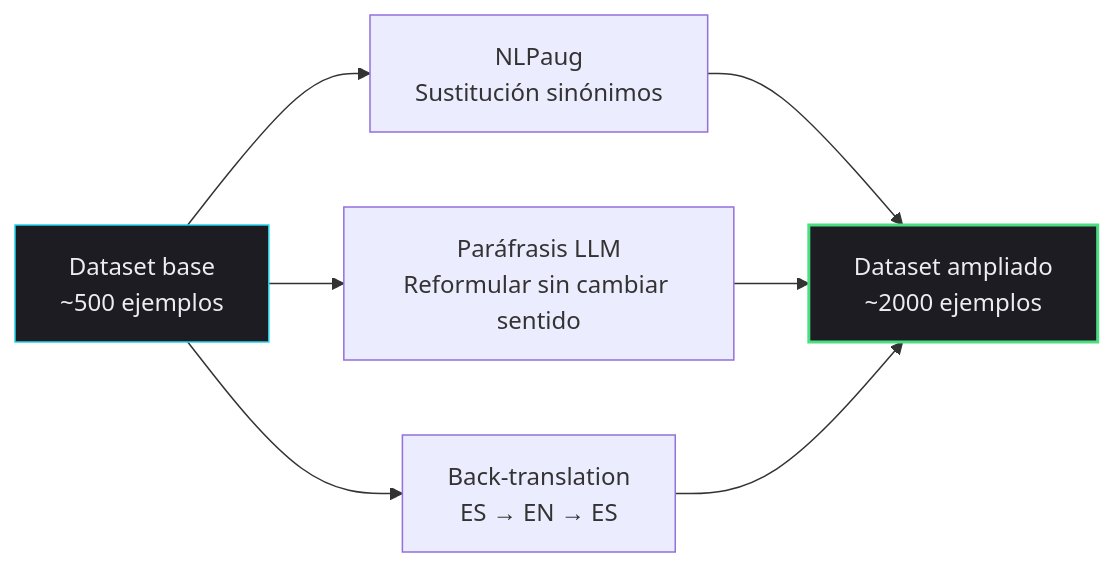
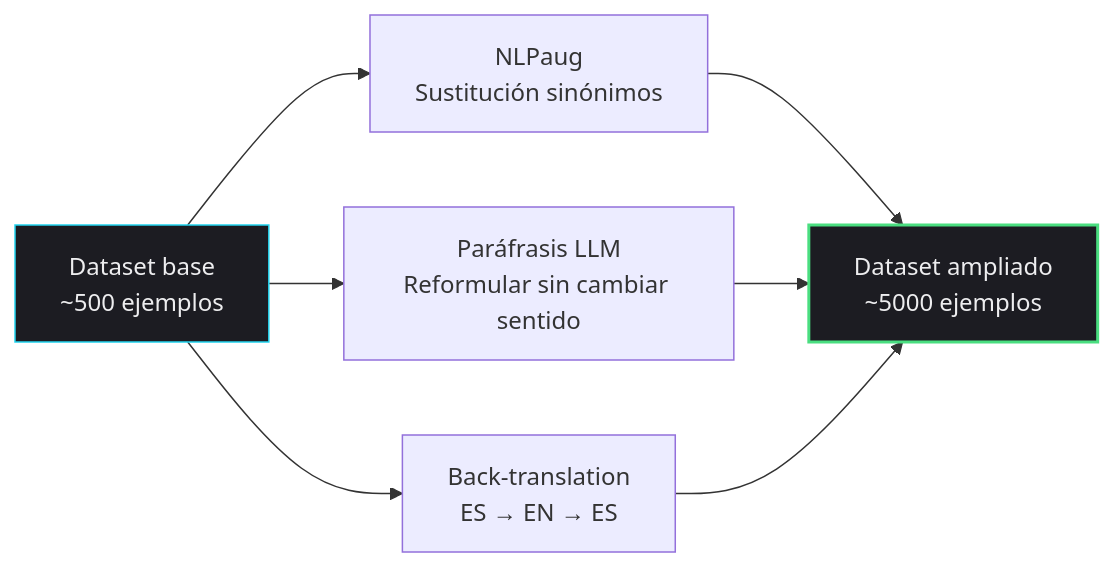
Before and after one commit to KarloZ7715/Synapse: the third of 3 diagrams in docs/03-data-and-state/dataset-plan.md, drawn with Mermaid. The commit also changed other lines of this file and 1 other file, not shown here.

Commit message:
docs(dataset): actualizar plan de dataset y README del dataset

````diff
--- a/docs/03-data-and-state/dataset-plan.md
+++ b/docs/03-data-and-state/dataset-plan.md
@@ -235,12 +256,12 @@
 ```mermaid
 graph LR
     A[Dataset base<br/>~500 ejemplos] --> B[NLPaug<br/>Sustitución sinónimos]
     A --> C[Paráfrasis LLM<br/>Reformular sin cambiar sentido]
     A --> D[Back-translation<br/>ES → EN → ES]
-    B --> E[Dataset ampliado<br/>~2000 ejemplos]
+    B --> E[Dataset ampliado<br/>~5000 ejemplos]
     C --> E
     D --> E
 
     style A fill:#1c1c22,stroke:#22d3ee,color:#ededef
     style E fill:#1c1c22,stroke:#4ade80,color:#ededef,stroke-width:2px
 ```
````
